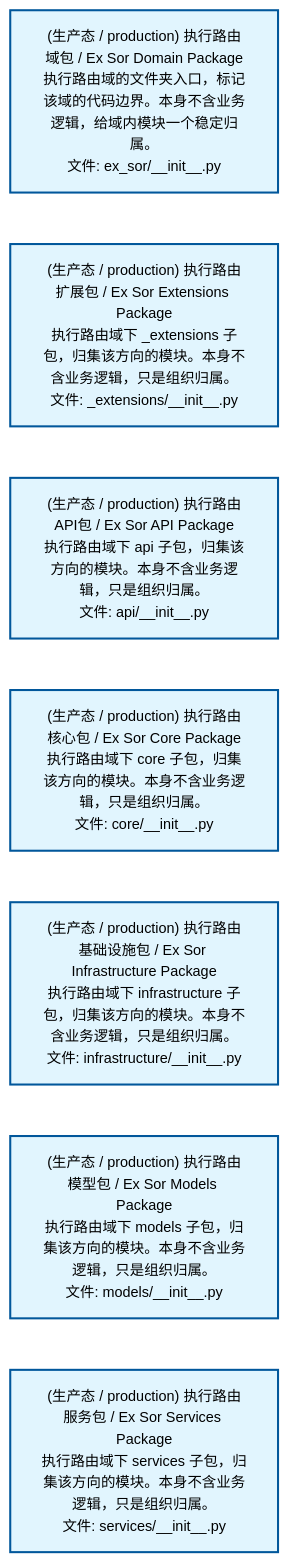
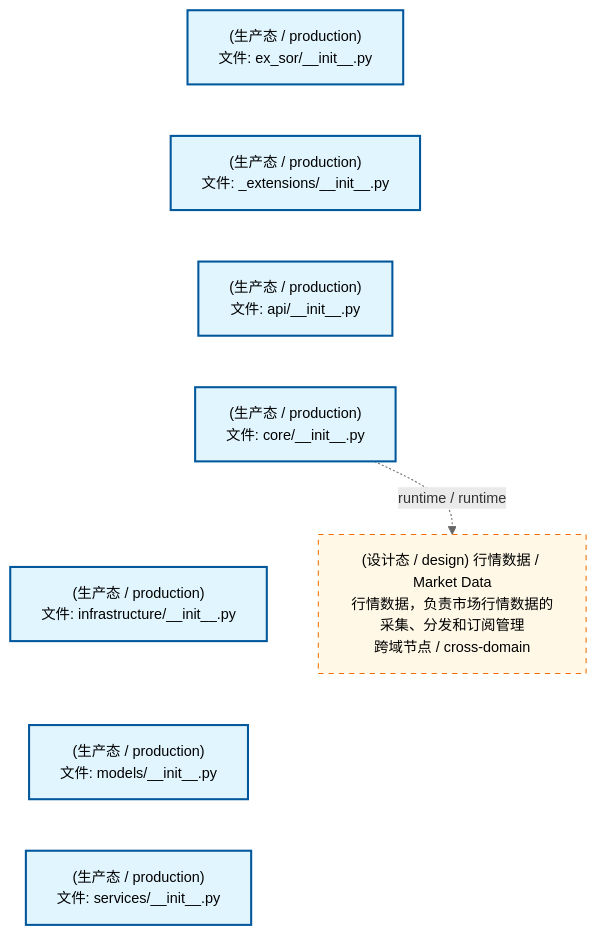
One commit to xuanFelixVan/ZephyrAlpha changed the second of 4 diagrams in docs/02_enterprise_architecture/02_domain_architecture_docs/45_d_ex_sor.md. Above: the diagram before and after it, drawn with Mermaid. The commit also changed other lines of this file and 75 other files, not shown here.

````diff
--- a/docs/02_enterprise_architecture/02_domain_architecture_docs/45_d_ex_sor.md
+++ b/docs/02_enterprise_architecture/02_domain_architecture_docs/45_d_ex_sor.md
@@ -53,22 +111,25 @@
 ```mermaid
 %%{init: {'theme': 'base', 'themeVariables': {'primaryColor': '#eaeaea', 'primaryTextColor': '#333333', 'primaryBorderColor': '#666666', 'lineColor': '#666666', 'secondaryColor': '#eaeaea', 'tertiaryColor': '#eaeaea', 'fontSize': '14px'}}}%%
 flowchart TD
-    src_zephyr_ex_sor_init_py["(生产态 / production) 执行路由域包 / Ex Sor Domain Package<br/>执行路由域的文件夹入口，标记该域的代码边界。本身不含业务逻辑，给域内模块一个稳定归属。<br/>文件: ex_sor/__init__.py"]
-    src_zephyr_ex_sor_extensions_init_py["(生产态 / production) 执行路由扩展包 / Ex Sor Extensions Package<br/>执行路由域下 _extensions 子包，归集该方向的模块。本身不含业务逻辑，只是组织归属。<br/>文件: _extensions/__init__.py"]
-    src_zephyr_ex_sor_api_init_py["(生产态 / production) 执行路由API包 / Ex Sor API Package<br/>执行路由域下 api 子包，归集该方向的模块。本身不含业务逻辑，只是组织归属。<br/>文件: api/__init__.py"]
-    src_zephyr_ex_sor_core_init_py["(生产态 / production) 执行路由核心包 / Ex Sor Core Package<br/>执行路由域下 core 子包，归集该方向的模块。本身不含业务逻辑，只是组织归属。<br/>文件: core/__init__.py"]
-    src_zephyr_ex_sor_infrastructure_init_py["(生产态 / production) 执行路由基础设施包 / Ex Sor Infrastructure Package<br/>执行路由域下 infrastructure 子包，归集该方向的模块。本身不含业务逻辑，只是组织归属。<br/>文件: infrastructure/__init__.py"]
-    src_zephyr_ex_sor_models_init_py["(生产态 / production) 执行路由模型包 / Ex Sor Models Package<br/>执行路由域下 models 子包，归集该方向的模块。本身不含业务逻辑，只是组织归属。<br/>文件: models/__init__.py"]
-    src_zephyr_ex_sor_services_init_py["(生产态 / production) 执行路由服务包 / Ex Sor Services Package<br/>执行路由域下 services 子包，归集该方向的模块。本身不含业务逻辑，只是组织归属。<br/>文件: services/__init__.py"]
+    src_zephyr_ex_sor_init_py["(生产态 / production)<br/>文件: ex_sor/__init__.py"]
+    src_zephyr_ex_sor_extensions_init_py["(生产态 / production)<br/>文件: _extensions/__init__.py"]
+    src_zephyr_ex_sor_api_init_py["(生产态 / production)<br/>文件: api/__init__.py"]
+    src_zephyr_ex_sor_core_init_py["(生产态 / production)<br/>文件: core/__init__.py"]
+    src_zephyr_ex_sor_infrastructure_init_py["(生产态 / production)<br/>文件: infrastructure/__init__.py"]
+    src_zephyr_ex_sor_models_init_py["(生产态 / production)<br/>文件: models/__init__.py"]
+    src_zephyr_ex_sor_services_init_py["(生产态 / production)<br/>文件: services/__init__.py"]
     src_zephyr_ex_sor_init_py ~~~ src_zephyr_ex_sor_extensions_init_py
     src_zephyr_ex_sor_extensions_init_py ~~~ src_zephyr_ex_sor_api_init_py
     src_zephyr_ex_sor_api_init_py ~~~ src_zephyr_ex_sor_core_init_py
     src_zephyr_ex_sor_core_init_py ~~~ src_zephyr_ex_sor_infrastructure_init_py
     src_zephyr_ex_sor_infrastructure_init_py ~~~ src_zephyr_ex_sor_models_init_py
     src_zephyr_ex_sor_models_init_py ~~~ src_zephyr_ex_sor_services_init_py
+    D_MKT_DATA["(设计态 / design) 行情数据 / Market Data<br/>行情数据，负责市场行情数据的采集、分发和订阅管理<br/>跨域节点 / cross-domain"]
+    src_zephyr_ex_sor_core_init_py -.->|runtime / runtime| D_MKT_DATA
     classDef production fill:#e1f5fe,stroke:#01579b,stroke-width:2px,color:#000
     classDef design fill:#fff3e0,stroke:#e65100,stroke-width:2px,color:#000,stroke-dasharray: 5 5
     classDef external_prod fill:#e8f4fd,stroke:#0277bd,stroke-width:1px,color:#000
     classDef external_design fill:#fff8e7,stroke:#ef6c00,stroke-width:1px,color:#000,stroke-dasharray: 5 5
     class src_zephyr_ex_sor_init_py,src_zephyr_ex_sor_extensions_init_py,src_zephyr_ex_sor_api_init_py,src_zephyr_ex_sor_core_init_py,src_zephyr_ex_sor_infrastructure_init_py,src_zephyr_ex_sor_models_init_py,src_zephyr_ex_sor_services_init_py production
+    class D_MKT_DATA external_design
 ```
````
